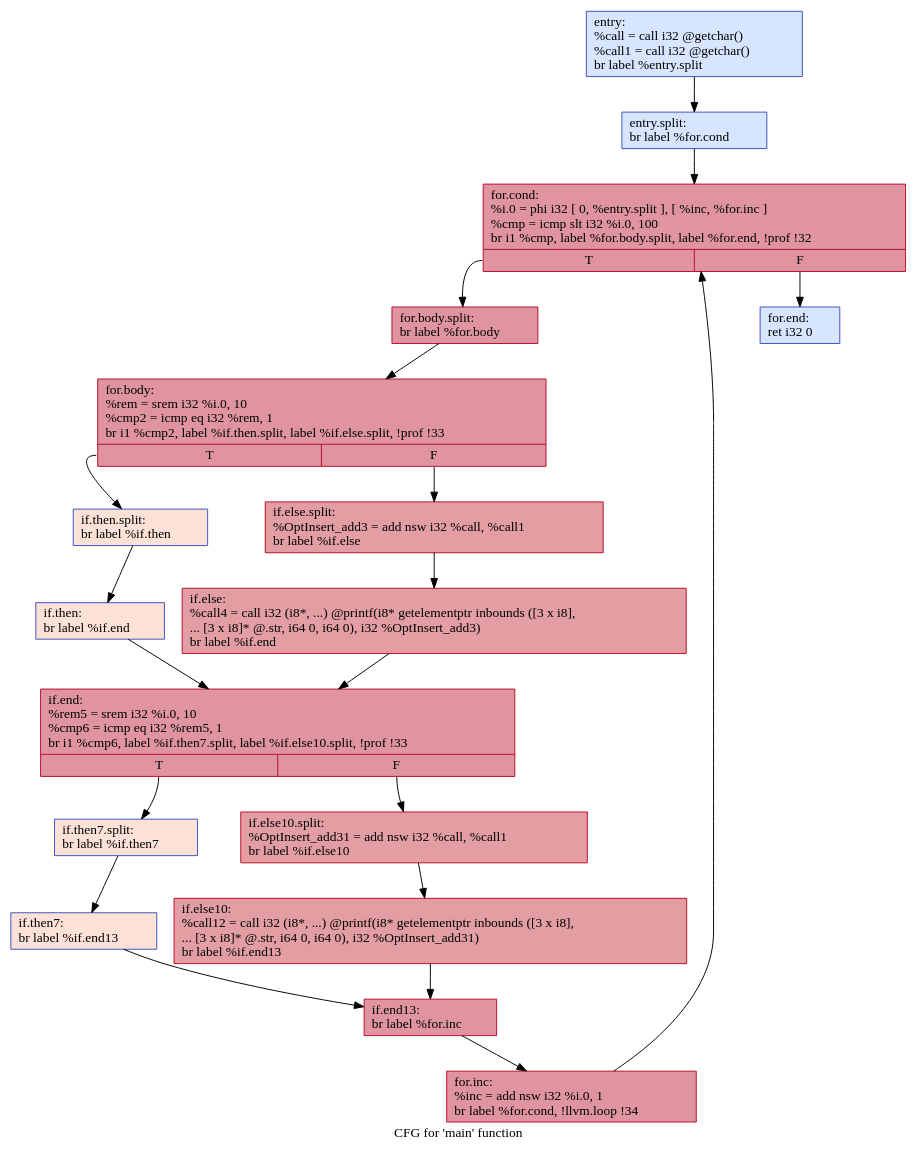
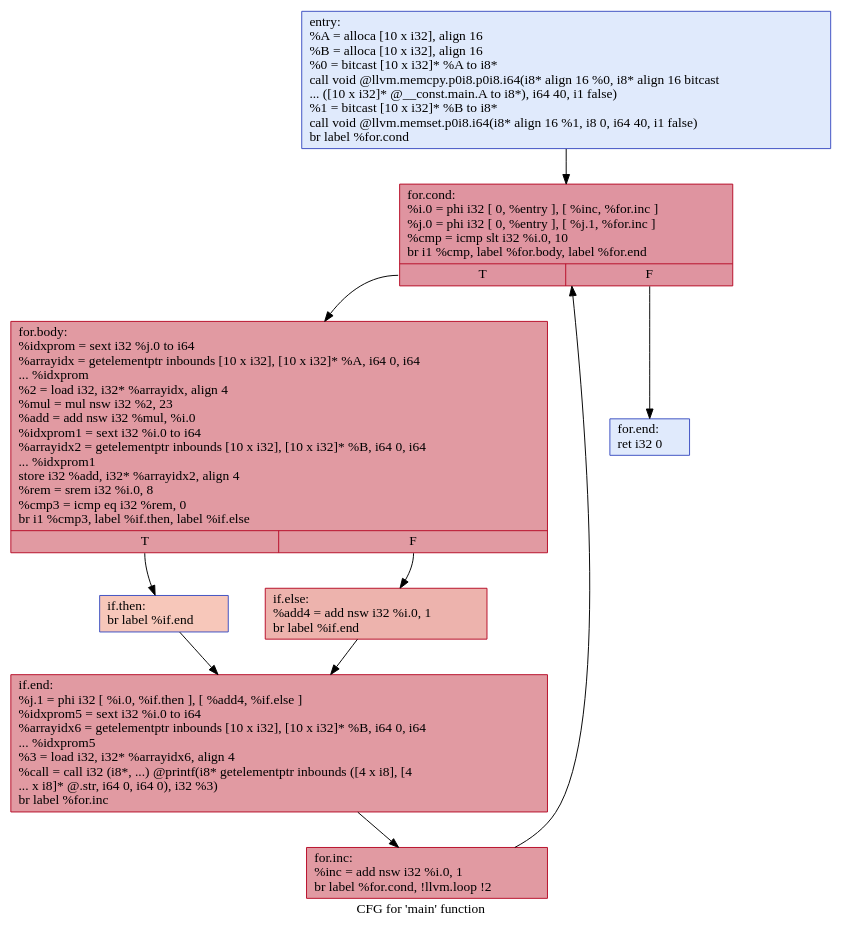
One commit to GGLeod/Speculation-Based-GVNPRE changed the diagram in visual/.main.dot. Above: the diagram before and after it, drawn with Graphviz. The commit also changed 24 other files, not shown here.

```diff
--- a/visual/.main.dot
+++ b/visual/.main.dot
@@ -1,40 +1,21 @@
 digraph "CFG for 'main' function" {
 	label="CFG for 'main' function";
 
-	Node0x56197d416640 [shape=record,color="#3d50c3ff", style=filled, fillcolor="#a5c3fe70",label="{entry:\l  %call = call i32 @getchar()\l  %call1 = call i32 @getchar()\l  br label %entry.split\l}"];
-	Node0x56197d416640 -> Node0x56197d425f80;
-	Node0x56197d425f80 [shape=record,color="#3d50c3ff", style=filled, fillcolor="#a5c3fe70",label="{entry.split:                                      \l  br label %for.cond\l}"];
-	Node0x56197d425f80 -> Node0x56197d425fd0;
-	Node0x56197d425fd0 [shape=record,color="#b70d28ff", style=filled, fillcolor="#b70d2870",label="{for.cond:                                         \l  %i.0 = phi i32 [ 0, %entry.split ], [ %inc, %for.inc ]\l  %cmp = icmp slt i32 %i.0, 100\l  br i1 %cmp, label %for.body.split, label %for.end, !prof !32\l|{<s0>T|<s1>F}}"];
-	Node0x56197d425fd0:s0 -> Node0x56197d426020;
-	Node0x56197d425fd0:s1 -> Node0x56197d426430;
-	Node0x56197d426020 [shape=record,color="#b70d28ff", style=filled, fillcolor="#b70d2870",label="{for.body.split:                                   \l  br label %for.body\l}"];
-	Node0x56197d426020 -> Node0x56197d426070;
-	Node0x56197d426070 [shape=record,color="#b70d28ff", style=filled, fillcolor="#b70d2870",label="{for.body:                                         \l  %rem = srem i32 %i.0, 10\l  %cmp2 = icmp eq i32 %rem, 1\l  br i1 %cmp2, label %if.then.split, label %if.else.split, !prof !33\l|{<s0>T|<s1>F}}"];
-	Node0x56197d426070:s0 -> Node0x56197d4260c0;
-	Node0x56197d426070:s1 -> Node0x56197d426160;
-	Node0x56197d4260c0 [shape=record,color="#3d50c3ff", style=filled, fillcolor="#f7bca170",label="{if.then.split:                                    \l  br label %if.then\l}"];
-	Node0x56197d4260c0 -> Node0x56197d426110;
-	Node0x56197d426110 [shape=record,color="#3d50c3ff", style=filled, fillcolor="#f7bca170",label="{if.then:                                          \l  br label %if.end\l}"];
-	Node0x56197d426110 -> Node0x56197d426200;
-	Node0x56197d426160 [shape=record,color="#b70d28ff", style=filled, fillcolor="#be242e70",label="{if.else.split:                                    \l  %OptInsert_add3 = add nsw i32 %call, %call1\l  br label %if.else\l}"];
-	Node0x56197d426160 -> Node0x56197d4261b0;
-	Node0x56197d4261b0 [shape=record,color="#b70d28ff", style=filled, fillcolor="#be242e70",label="{if.else:                                          \l  %call4 = call i32 (i8*, ...) @printf(i8* getelementptr inbounds ([3 x i8],\l... [3 x i8]* @.str, i64 0, i64 0), i32 %OptInsert_add3)\l  br label %if.end\l}"];
-	Node0x56197d4261b0 -> Node0x56197d426200;
-	Node0x56197d426200 [shape=record,color="#b70d28ff", style=filled, fillcolor="#b70d2870",label="{if.end:                                           \l  %rem5 = srem i32 %i.0, 10\l  %cmp6 = icmp eq i32 %rem5, 1\l  br i1 %cmp6, label %if.then7.split, label %if.else10.split, !prof !33\l|{<s0>T|<s1>F}}"];
-	Node0x56197d426200:s0 -> Node0x56197d426250;
-	Node0x56197d426200:s1 -> Node0x56197d4262f0;
-	Node0x56197d426250 [shape=record,color="#3d50c3ff", style=filled, fillcolor="#f7bca170",label="{if.then7.split:                                   \l  br label %if.then7\l}"];
-	Node0x56197d426250 -> Node0x56197d4262a0;
-	Node0x56197d4262a0 [shape=record,color="#3d50c3ff", style=filled, fillcolor="#f7bca170",label="{if.then7:                                         \l  br label %if.end13\l}"];
-	Node0x56197d4262a0 -> Node0x56197d426390;
-	Node0x56197d4262f0 [shape=record,color="#b70d28ff", style=filled, fillcolor="#be242e70",label="{if.else10.split:                                  \l  %OptInsert_add31 = add nsw i32 %call, %call1\l  br label %if.else10\l}"];
-	Node0x56197d4262f0 -> Node0x56197d426340;
-	Node0x56197d426340 [shape=record,color="#b70d28ff", style=filled, fillcolor="#be242e70",label="{if.else10:                                        \l  %call12 = call i32 (i8*, ...) @printf(i8* getelementptr inbounds ([3 x i8],\l... [3 x i8]* @.str, i64 0, i64 0), i32 %OptInsert_add31)\l  br label %if.end13\l}"];
-	Node0x56197d426340 -> Node0x56197d426390;
-	Node0x56197d426390 [shape=record,color="#b70d28ff", style=filled, fillcolor="#b70d2870",label="{if.end13:                                         \l  br label %for.inc\l}"];
-	Node0x56197d426390 -> Node0x56197d4263e0;
-	Node0x56197d4263e0 [shape=record,color="#b70d28ff", style=filled, fillcolor="#b70d2870",label="{for.inc:                                          \l  %inc = add nsw i32 %i.0, 1\l  br label %for.cond, !llvm.loop !34\l}"];
-	Node0x56197d4263e0 -> Node0x56197d425fd0;
-	Node0x56197d426430 [shape=record,color="#3d50c3ff", style=filled, fillcolor="#a5c3fe70",label="{for.end:                                          \l  ret i32 0\l}"];
+	Node0x55c2f3ed4c20 [shape=record,color="#3d50c3ff", style=filled, fillcolor="#b9d0f970",label="{entry:\l  %A = alloca [10 x i32], align 16\l  %B = alloca [10 x i32], align 16\l  %0 = bitcast [10 x i32]* %A to i8*\l  call void @llvm.memcpy.p0i8.p0i8.i64(i8* align 16 %0, i8* align 16 bitcast\l... ([10 x i32]* @__const.main.A to i8*), i64 40, i1 false)\l  %1 = bitcast [10 x i32]* %B to i8*\l  call void @llvm.memset.p0i8.i64(i8* align 16 %1, i8 0, i64 40, i1 false)\l  br label %for.cond\l}"];
+	Node0x55c2f3ed4c20 -> Node0x55c2f3ed4c70;
+	Node0x55c2f3ed4c70 [shape=record,color="#b70d28ff", style=filled, fillcolor="#b70d2870",label="{for.cond:                                         \l  %i.0 = phi i32 [ 0, %entry ], [ %inc, %for.inc ]\l  %j.0 = phi i32 [ 0, %entry ], [ %j.1, %for.inc ]\l  %cmp = icmp slt i32 %i.0, 10\l  br i1 %cmp, label %for.body, label %for.end\l|{<s0>T|<s1>F}}"];
+	Node0x55c2f3ed4c70:s0 -> Node0x55c2f3ed4cc0;
+	Node0x55c2f3ed4c70:s1 -> Node0x55c2f3ed4e50;
+	Node0x55c2f3ed4cc0 [shape=record,color="#b70d28ff", style=filled, fillcolor="#bb1b2c70",label="{for.body:                                         \l  %idxprom = sext i32 %j.0 to i64\l  %arrayidx = getelementptr inbounds [10 x i32], [10 x i32]* %A, i64 0, i64\l... %idxprom\l  %2 = load i32, i32* %arrayidx, align 4\l  %mul = mul nsw i32 %2, 23\l  %add = add nsw i32 %mul, %i.0\l  %idxprom1 = sext i32 %i.0 to i64\l  %arrayidx2 = getelementptr inbounds [10 x i32], [10 x i32]* %B, i64 0, i64\l... %idxprom1\l  store i32 %add, i32* %arrayidx2, align 4\l  %rem = srem i32 %i.0, 8\l  %cmp3 = icmp eq i32 %rem, 0\l  br i1 %cmp3, label %if.then, label %if.else\l|{<s0>T|<s1>F}}"];
+	Node0x55c2f3ed4cc0:s0 -> Node0x55c2f3ed4d10;
+	Node0x55c2f3ed4cc0:s1 -> Node0x55c2f3ed4d60;
+	Node0x55c2f3ed4d10 [shape=record,color="#3d50c3ff", style=filled, fillcolor="#ec7f6370",label="{if.then:                                          \l  br label %if.end\l}"];
+	Node0x55c2f3ed4d10 -> Node0x55c2f3ed4db0;
+	Node0x55c2f3ed4d60 [shape=record,color="#b70d28ff", style=filled, fillcolor="#d6524470",label="{if.else:                                          \l  %add4 = add nsw i32 %i.0, 1\l  br label %if.end\l}"];
+	Node0x55c2f3ed4d60 -> Node0x55c2f3ed4db0;
+	Node0x55c2f3ed4db0 [shape=record,color="#b70d28ff", style=filled, fillcolor="#bb1b2c70",label="{if.end:                                           \l  %j.1 = phi i32 [ %i.0, %if.then ], [ %add4, %if.else ]\l  %idxprom5 = sext i32 %i.0 to i64\l  %arrayidx6 = getelementptr inbounds [10 x i32], [10 x i32]* %B, i64 0, i64\l... %idxprom5\l  %3 = load i32, i32* %arrayidx6, align 4\l  %call = call i32 (i8*, ...) @printf(i8* getelementptr inbounds ([4 x i8], [4\l... x i8]* @.str, i64 0, i64 0), i32 %3)\l  br label %for.inc\l}"];
+	Node0x55c2f3ed4db0 -> Node0x55c2f3ed4e00;
+	Node0x55c2f3ed4e00 [shape=record,color="#b70d28ff", style=filled, fillcolor="#bb1b2c70",label="{for.inc:                                          \l  %inc = add nsw i32 %i.0, 1\l  br label %for.cond, !llvm.loop !2\l}"];
+	Node0x55c2f3ed4e00 -> Node0x55c2f3ed4c70;
+	Node0x55c2f3ed4e50 [shape=record,color="#3d50c3ff", style=filled, fillcolor="#b9d0f970",label="{for.end:                                          \l  ret i32 0\l}"];
 }
```
